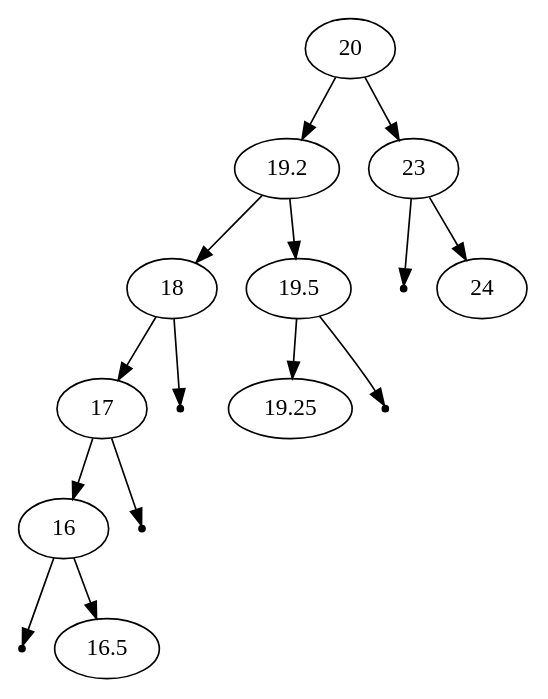
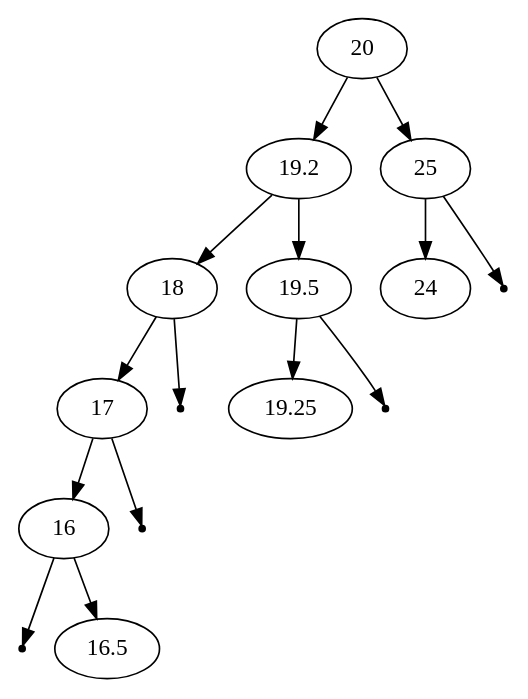
Before and after one commit to muniri92/Data-Structures-2.0: the diagram in src/graph.gv, drawn with Graphviz. The commit also changed 4 other files, not shown here.

```diff
--- a/src/graph.gv
+++ b/src/graph.gv
@@ -1,22 +1,22 @@
 digraph G{
 	20;
 	20 -> 19.2;
 	19.2 -> 18;
 	18 -> 17;
 	17 -> 16;
-	null603581228 [shape=point];
-	16 -> null603581228;
+	null602564694 [shape=point];
+	16 -> null602564694;
 	16 -> 16.5;
-	null105976346 [shape=point];
-	17 -> null105976346;
-	null878710266 [shape=point];
-	18 -> null878710266;
+	null736902596 [shape=point];
+	17 -> null736902596;
+	null754817380 [shape=point];
+	18 -> null754817380;
 	19.2 -> 19.5;
 	19.5 -> 19.25;
-	null622046257 [shape=point];
-	19.5 -> null622046257;
-	20 -> 23;
-	null740211508 [shape=point];
-	23 -> null740211508;
-	23 -> 24;
+	null560674458 [shape=point];
+	19.5 -> null560674458;
+	20 -> 25;
+	25 -> 24;
+	null296910659 [shape=point];
+	25 -> null296910659;
 }
```
